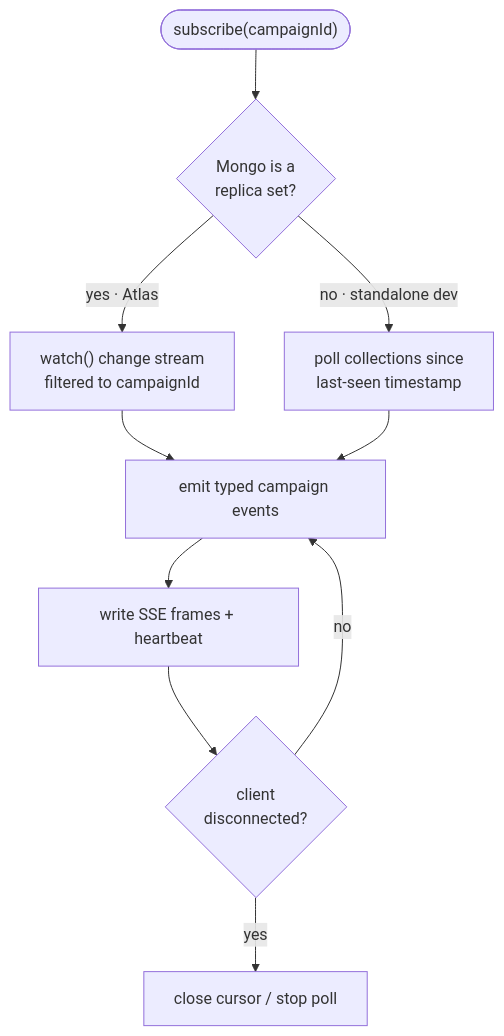
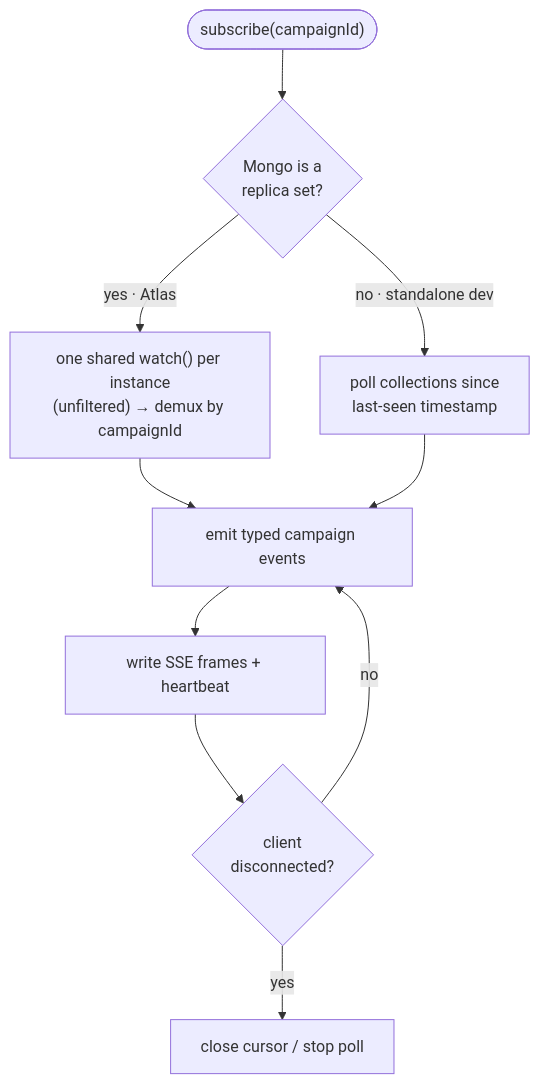
Before and after one commit to dougis-org/session-combat: the second of 2 diagrams in docs/multi-user-campaigns/04-realtime-transport.md, drawn with Mermaid. The commit also changed other lines of this file and 1 other file, not shown here.

First line of the commit message:
docs: use a single shared change stream per instance, multiplexed across campaigns

````diff
--- a/docs/multi-user-campaigns/04-realtime-transport.md
+++ b/docs/multi-user-campaigns/04-realtime-transport.md
@@ -42,12 +45,12 @@
 ```mermaid
 flowchart TD
     start(["subscribe(campaignId)"]) --> q{"Mongo is a<br/>replica set?"}
-    q -->|yes · Atlas| cs["watch() change stream<br/>filtered to campaignId"]
+    q -->|yes · Atlas| cs["one shared watch() per instance<br/>(unfiltered) → demux by campaignId"]
     q -->|no · standalone dev| poll["poll collections since<br/>last-seen timestamp"]
     cs --> emit["emit typed campaign events"]
     poll --> emit
     emit --> sse["write SSE frames + heartbeat"]
     sse --> close{"client<br/>disconnected?"}
     close -->|no| emit
     close -->|yes| teardown["close cursor / stop poll"]
 ```
````
